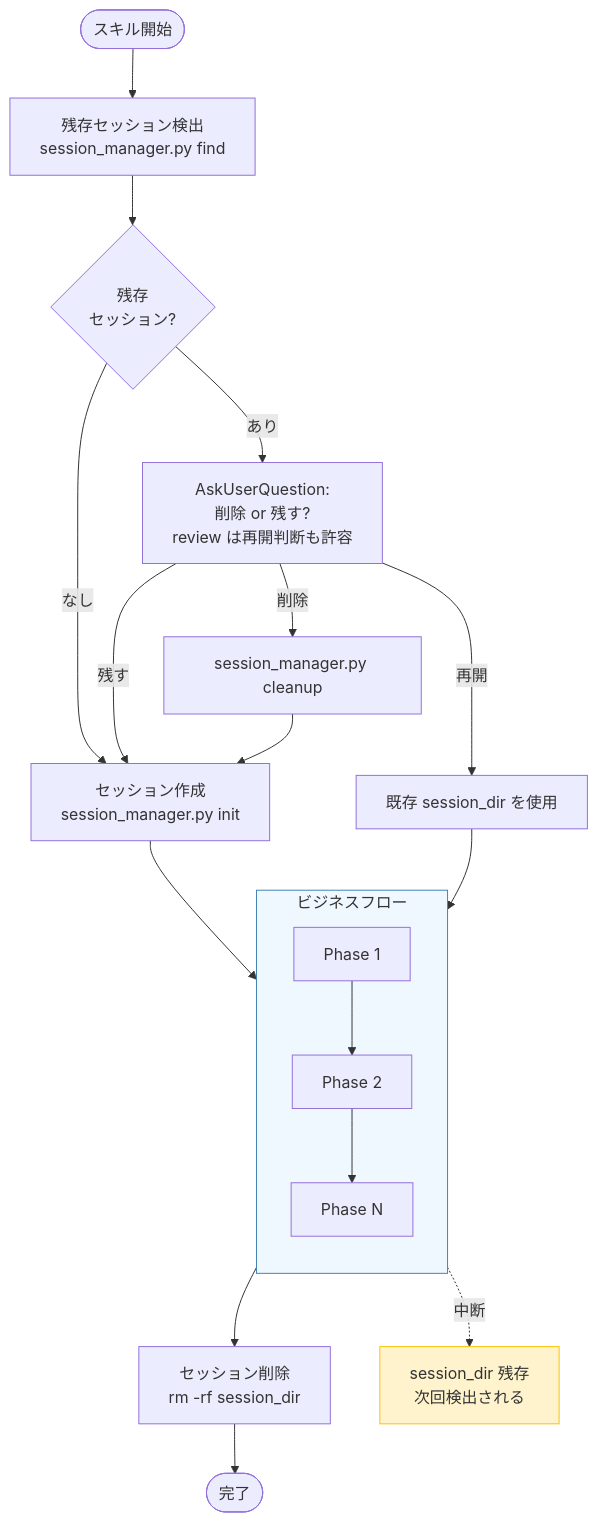
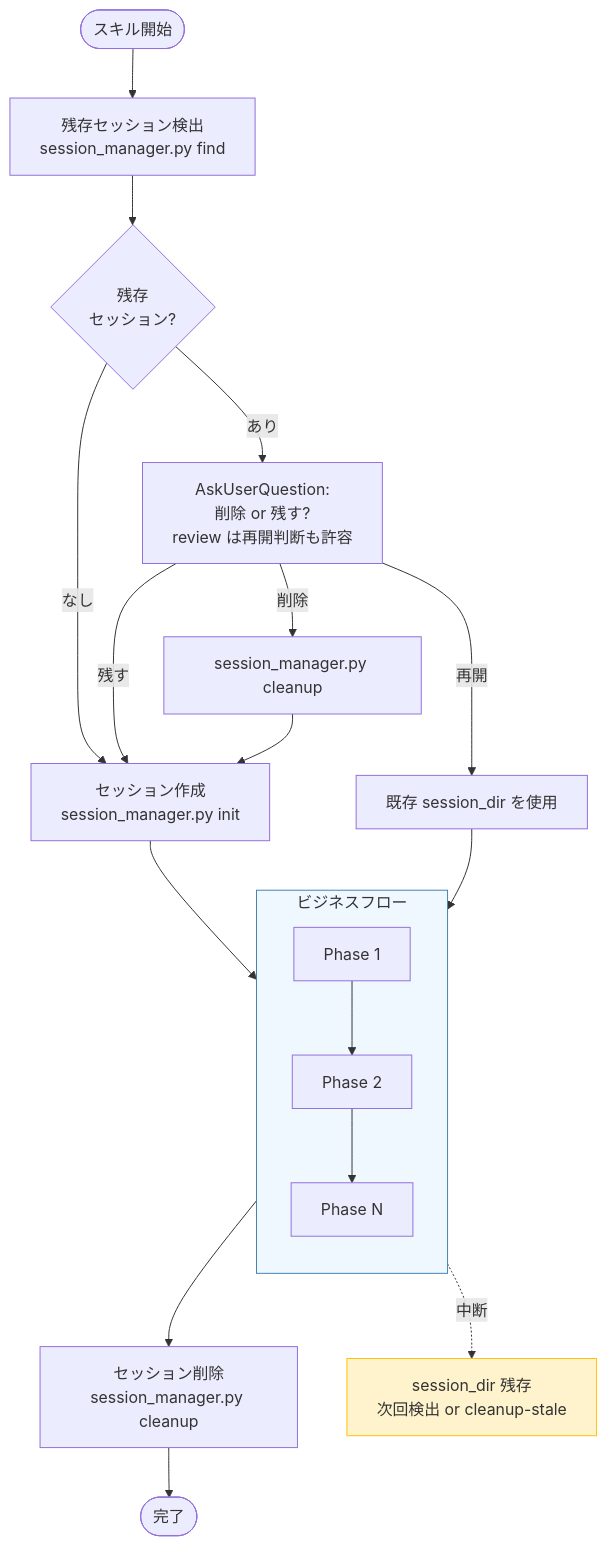
Before and after one commit to BlueEventHorizon/bw-cc-plugins: the diagram in plugins/forge/docs/session_format.md, drawn with Mermaid. The commit also changed other lines of this file and 9 other files, not shown here.

First line of the commit message:
fix: prevent forge session residue by unifying cleanup and adding cleanup-stale (#46)

````diff
--- a/plugins/forge/docs/session_format.md
+++ b/plugins/forge/docs/session_format.md
@@ -141,29 +141,29 @@
 ```mermaid
 flowchart TD
     Start([スキル開始]) --> Detect[残存セッション検出<br/>session_manager.py find]
     Detect --> Found{残存<br/>セッション?}
     Found -->|なし| Create
     Found -->|あり| Ask[AskUserQuestion:<br/>削除 or 残す?<br/>review は再開判断も許容]
     Ask -->|再開| Reuse[既存 session_dir を使用]
     Ask -->|削除| Cleanup[session_manager.py cleanup]
     Ask -->|残す| Create
     Cleanup --> Create
 
     Create[セッション作成<br/>session_manager.py init] --> Phases
 
     Reuse --> Phases
 
     subgraph Phases [ビジネスフロー]
         direction TB
         P1[Phase 1] --> P2[Phase 2]
         P2 --> PN[Phase N]
     end
 
-    Phases --> Delete[セッション削除<br/>rm -rf session_dir]
+    Phases --> Delete[セッション削除<br/>session_manager.py cleanup]
     Delete --> End([完了])
 
-    Phases -.->|中断| Remain[session_dir 残存<br/>次回検出される]
+    Phases -.->|中断| Remain[session_dir 残存<br/>次回検出 or cleanup-stale]
 
     style Phases fill:#f0f8ff,stroke:#4682b4
     style Remain fill:#fff3cd,stroke:#ffc107
 ```
````
